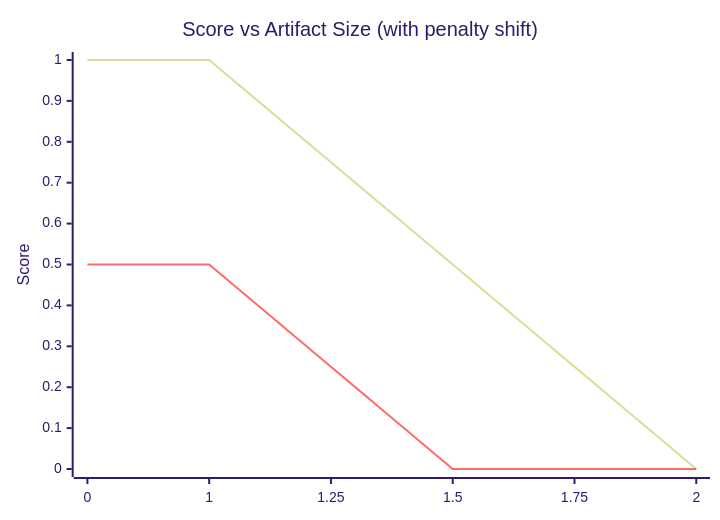
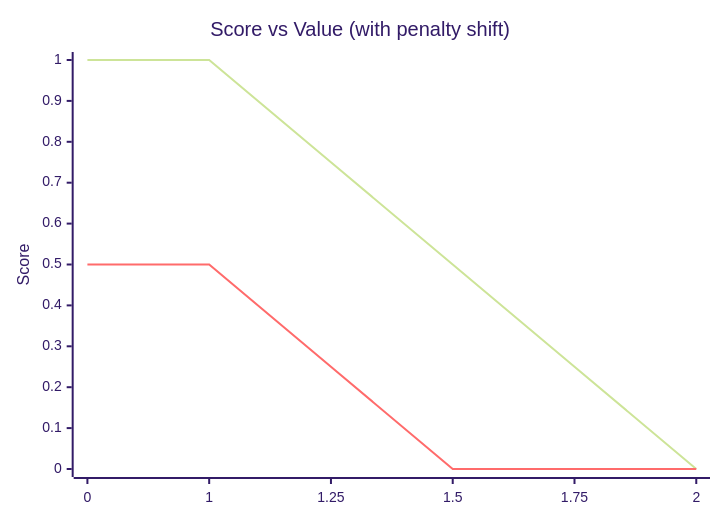
One commit to code-pushup/cli changed the seventh of 7 diagrams in packages/cli/docs/scoring.md. Above: the diagram before and after it, drawn with Mermaid (forest theme).

Commit message:
docs: adjust docs

````diff
--- a/packages/cli/docs/scoring.md
+++ b/packages/cli/docs/scoring.md
@@ -370,8 +370,8 @@
 ```mermaid
 xychart-beta
-    title "Score vs Artifact Size (with penalty shift)"
+    title "Score vs Value (with penalty shift)"
     x-axis [0, 1, 1.25, 1.5, 1.75, 2]
     y-axis "Score" 0 --> 1
     line Original  [1, 1,   0.75, 0.5, 0.25, 0]
     line Penalized [0.5, 0.5, 0.25, 0,   0,    0]
 ```
````
